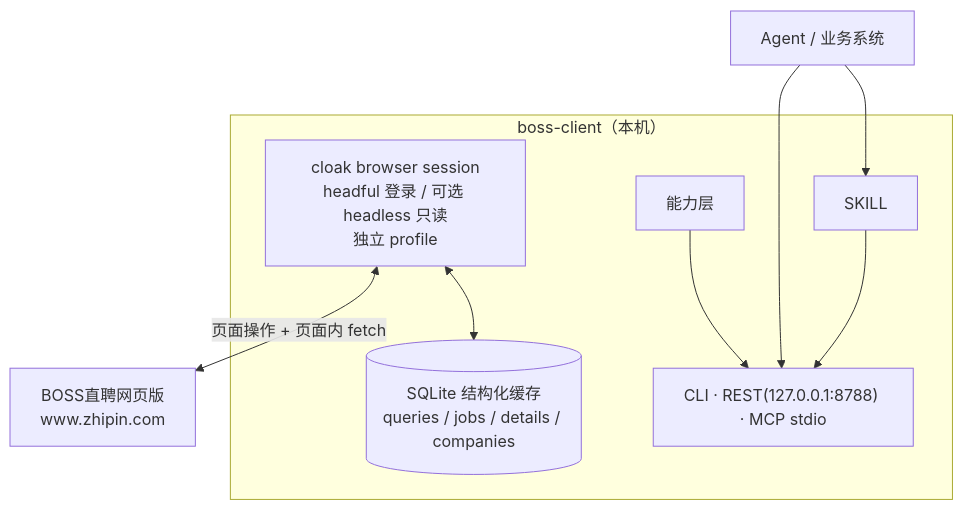
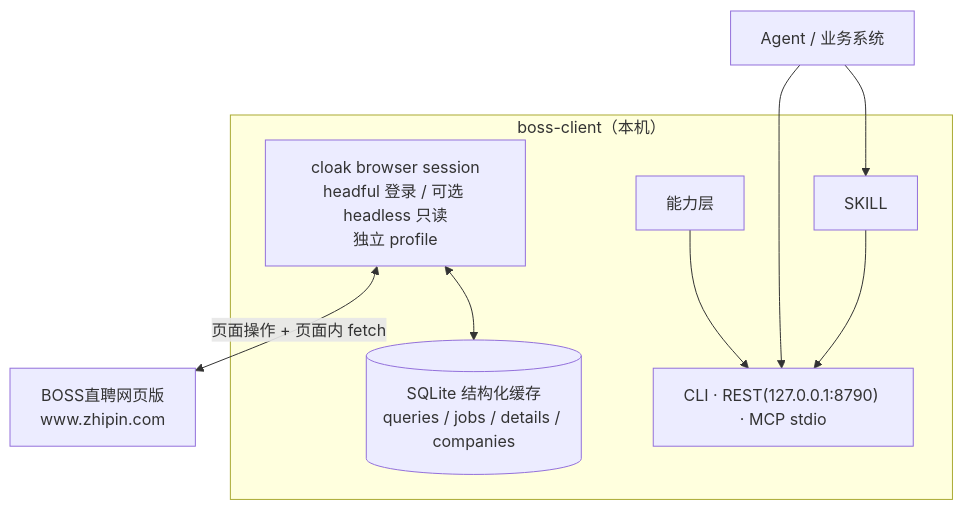
Before and after one commit to CindyRIng/boss-client: the diagram in README.md, drawn with Mermaid. The commit also changed other lines of this file and 13 other files, not shown here.

````diff
--- a/README.md
+++ b/README.md
@@ -32,17 +32,17 @@
 ```mermaid
 flowchart TB
   W["BOSS直聘网页版<br/>www.zhipin.com"]
   subgraph BC["boss-client（本机）"]
     CB["cloak browser session<br/>headful 登录 / 可选 headless 只读<br/>独立 profile"]
     LC[("SQLite 结构化缓存<br/>queries / jobs / details / companies")]
     CAP["能力层"]
-    IF["CLI · REST(127.0.0.1:8788) · MCP stdio"]
+    IF["CLI · REST(127.0.0.1:8790) · MCP stdio"]
     SK["SKILL"]
     CB <--> LC
     CAP --> IF
     SK --> IF
   end
   CB <-->|"页面操作 + 页面内 fetch"| W
   AG["Agent / 业务系统"] --> SK
   AG --> IF
 ```
````
